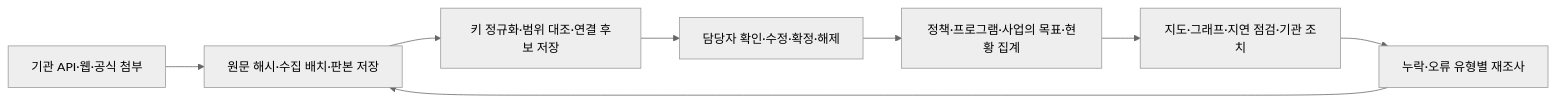
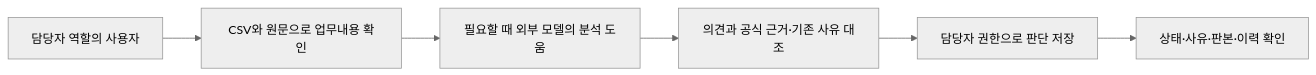
Before and after one commit to acesharp81/minslab: the first of 3 diagrams in PoC/10-home/README.md, drawn with Mermaid (neutral theme). The commit also changed other lines of this file and 174 other files, not shown here.

````diff
--- a/PoC/10-home/README.md
+++ b/PoC/10-home/README.md
@@ -291,10 +198,8 @@
 ```mermaid
 flowchart LR
-    S[기관 API·웹·공식 첨부] --> R[원문 해시·수집 배치·판본 저장]
-    R --> M[키 정규화·범위 대조·연결 후보 저장]
-    M --> V[담당자 확인·수정·확정·해제]
-    V --> A[정책·프로그램·사업의 목표·현황 집계]
-    A --> D[지도·그래프·지연 점검·기관 조치]
-    D --> Q[누락·오류 유형별 재조사]
-    Q --> R
+    A[담당자 역할의 사용자] --> B[CSV와 원문으로 업무내용 확인]
+    B --> C[필요할 때 외부 모델의 분석 도움]
+    C --> D[의견과 공식 근거·기존 사유 대조]
+    D --> E[담당자 권한으로 판단 저장]
+    E --> F[상태·사유·판본·이력 확인]
 ```
````
